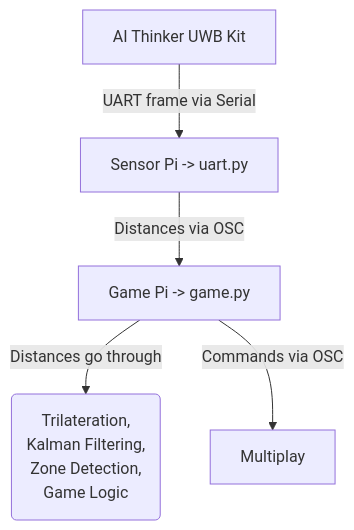
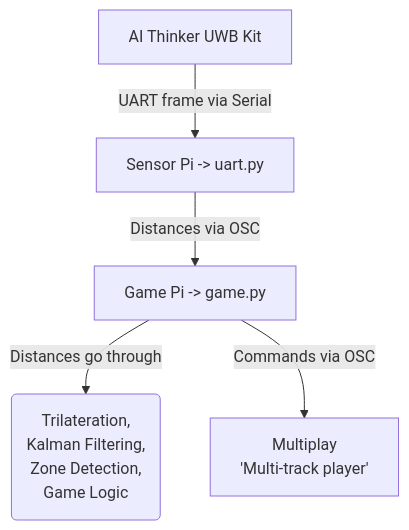
Before and after one commit to JoashYeoh/EGL314_Team-A: the first of 5 diagrams in POC/docs/architecture.md, drawn with Mermaid. The commit also changed other lines of this file and 1 other file, not shown here.

Commit message:
architecture.md initial complete

````diff
--- a/POC/docs/architecture.md
+++ b/POC/docs/architecture.md
@@ -6,10 +6,11 @@
 ```Mermaid
 flowchart TD
     A[AI Thinker UWB Kit] -->|UART frame via Serial| B[Sensor Pi -> uart.py]
     B -->|Distances via OSC| C[Game Pi -> game.py]
     C -->|Distances go through| D(Trilateration, 
     Kalman Filtering, 
     Zone Detection, 
     Game Logic)
-    C -->|Commands via OSC| E[Multiplay]
+    C -->|Commands via OSC| E[Multiplay
+    'Multi-track player']
 ```
````
